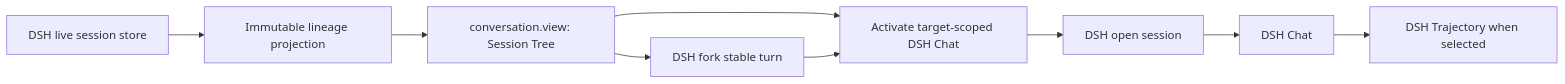
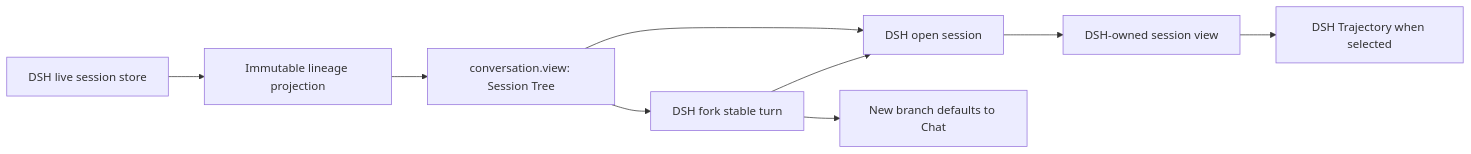
The diagram in README.md (Nirvana-Jie/dsh-session-tree), drawn with Mermaid before and after one commit. The commit also changed other lines of this file and 11 other files, not shown here.

````diff
--- a/README.md
+++ b/README.md
@@ -86,10 +86,10 @@
 ```mermaid
 flowchart LR
   S["DSH live session store"] --> P["Immutable lineage projection"]
   P --> V["conversation.view: Session Tree"]
-  V --> A["Activate target-scoped DSH Chat"]
-  V --> F["DSH fork stable turn"] --> A
-  A --> O["DSH open session"]
-  O --> C["DSH Chat"]
+  V --> O["DSH open session"]
+  V --> F["DSH fork stable turn"] --> O
+  O --> C["DSH-owned session view"]
+  F --> C2["New branch defaults to Chat"]
   C --> T["DSH Trajectory when selected"]
 ```
````
